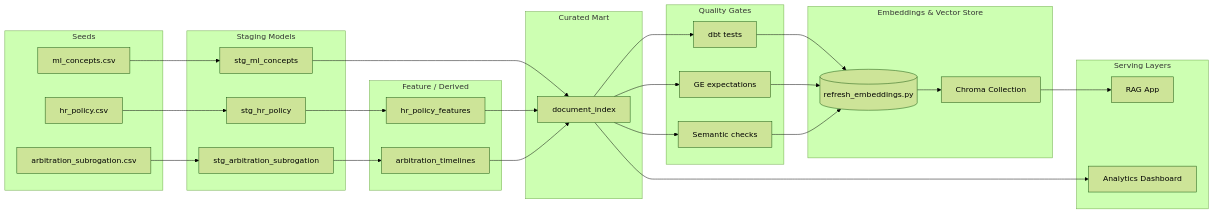
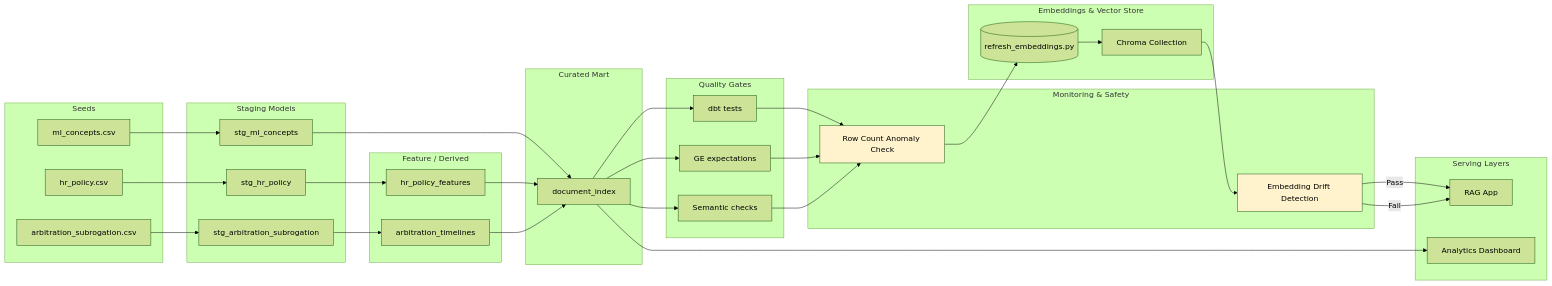
One commit to justin-mbca/enterprise-ai-workflows changed the diagram in docs/data-lineage.md. Above: the diagram before and after it, drawn with Mermaid (forest theme). The commit also changed other lines of this file, not shown here.

Commit message:
docs: update lineage diagram to include Phase 3 monitoring steps
- Added Monitoring & Safety subgraph with anomaly detection and drift detection
- Updated flow to show monitoring gates between quality checks and serving
- Removed 'Future' note since drift/anomaly checks are now implemented
- Added visual styling (yellow highlight) for monitoring steps

````diff
--- a/docs/data-lineage.md
+++ b/docs/data-lineage.md
@@ -5,59 +5,70 @@
 ```mermaid
 flowchart LR
     subgraph Seeds
         A1[hr_policy.csv]
         A2[arbitration_subrogation.csv]
         A3[ml_concepts.csv]
     end
 
     subgraph Staging Models
         S1[stg_hr_policy]
         S2[stg_arbitration_subrogation]
         S3[stg_ml_concepts]
     end
 
     subgraph Feature / Derived
         F1[hr_policy_features]
         F2[arbitration_timelines]
     end
 
     subgraph Curated Mart
         M1[document_index]
     end
 
     subgraph Quality Gates
         Q1[dbt tests]
         Q2[GE expectations]
         Q3[Semantic checks]
     end
 
+    subgraph Monitoring & Safety
+        MON1[Row Count Anomaly Check]
+        MON2[Embedding Drift Detection]
+    end
+
     subgraph Embeddings & Vector Store
         E1[(refresh_embeddings.py)]
         E2[Chroma Collection]
     end
 
     subgraph Serving Layers
         R1[RAG App]
         D1[Analytics Dashboard]
     end
 
     A1 --> S1
     A2 --> S2
     A3 --> S3
     S1 --> F1
     S2 --> F2
     S3 --> M1
     F1 --> M1
     F2 --> M1
 
     M1 --> Q1
     M1 --> Q2
     M1 --> Q3
 
-    Q1 --> E1
-    Q2 --> E1
-    Q3 --> E1
+    Q1 --> MON1
+    Q2 --> MON1
+    Q3 --> MON1
+    MON1 --> E1
     E1 --> E2
-    E2 --> R1
+    E2 --> MON2
+    MON2 -->|Pass| R1
+    MON2 -->|Fail| R1
     M1 --> D1
+
+    style MON1 fill:#fff3cd
+    style MON2 fill:#fff3cd
 ```
````
